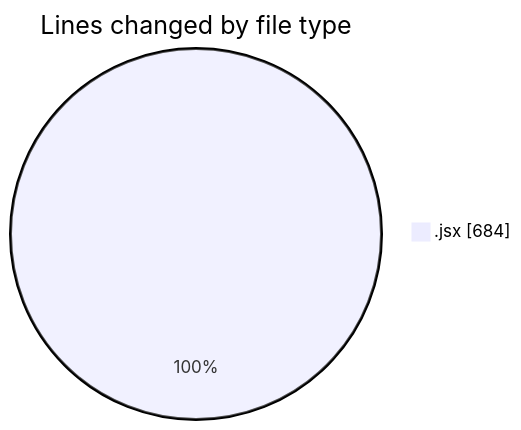
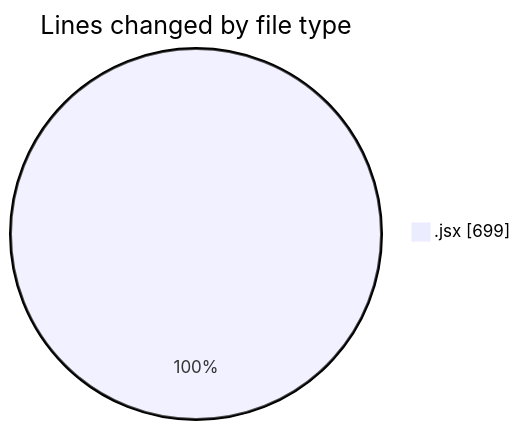
One commit to nxtqubesakshisongat/code-tracking changed the first of 2 diagrams in 2025-07-11/argos/README.md. Above: the diagram before and after it, drawn with Mermaid. The commit also changed other lines of this file and 1 other file, not shown here.

````diff
--- a/2025-07-11/argos/README.md
+++ b/2025-07-11/argos/README.md
@@ -22,5 +22,5 @@
 ```mermaid
 pie showData
 title Lines changed by file type
-".jsx" : 684
+".jsx" : 699
 ```
````
